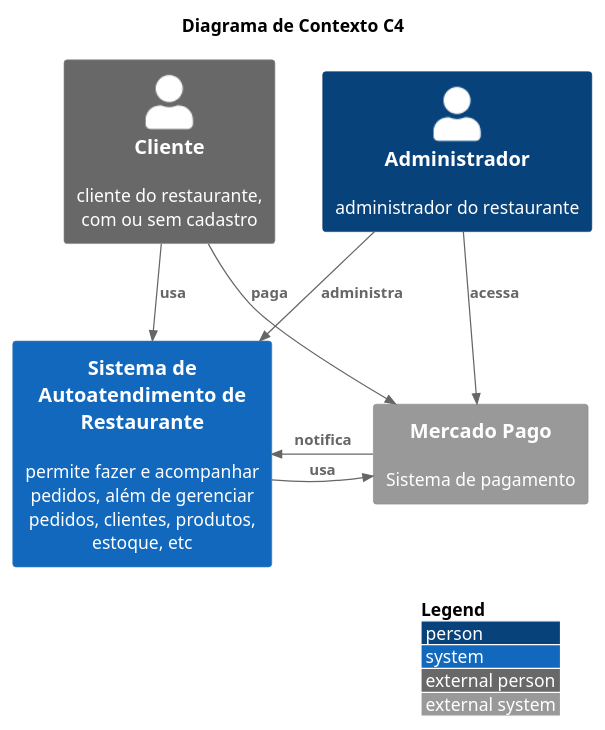
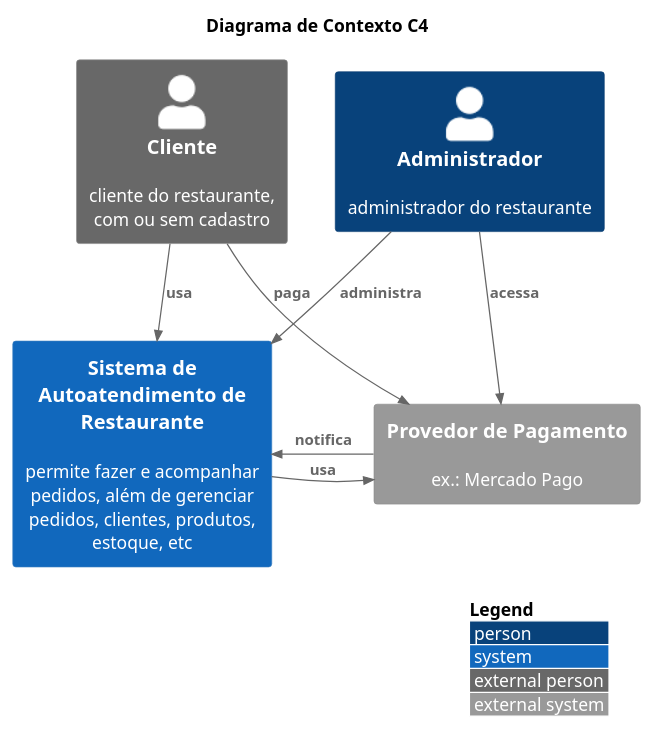
One commit to FIAP-3SOAT-G15/tech-challenge changed the diagram in docs/puml/context.puml. Above: the diagram before and after it, drawn with PlantUML. The commit also changed 133 other files, not shown here.

```diff
--- a/docs/puml/context.puml
+++ b/docs/puml/context.puml
@@ -1,21 +1,21 @@
 @startuml
 !include https://raw.githubusercontent.com/plantuml-stdlib/C4-PlantUML/master/C4_Context.puml
 
 LAYOUT_WITH_LEGEND()
 
 title Diagrama de Contexto C4
 
 Person_Ext(customer, "Cliente", "cliente do restaurante,\ncom ou sem cadastro")
 Person(admin, "Administrador", "administrador do restaurante")
 System(system, "Sistema de Autoatendimento de Restaurante", "permite fazer e acompanhar pedidos, além de gerenciar pedidos, clientes, produtos, estoque, etc")
 
-System_Ext(payment_system, "Mercado Pago", "Sistema de pagamento")
+System_Ext(payment_system, "Provedor de Pagamento", "ex.: Mercado Pago")
 
 Rel(customer, system, "usa")
 Rel(customer, payment_system, "paga")
 Rel(admin, system, "administra")
 Rel(admin, payment_system, "acessa")
 Rel_Neighbor(system, payment_system, "usa")
 Rel_Neighbor(payment_system, system, "notifica")
 
 @enduml
```
